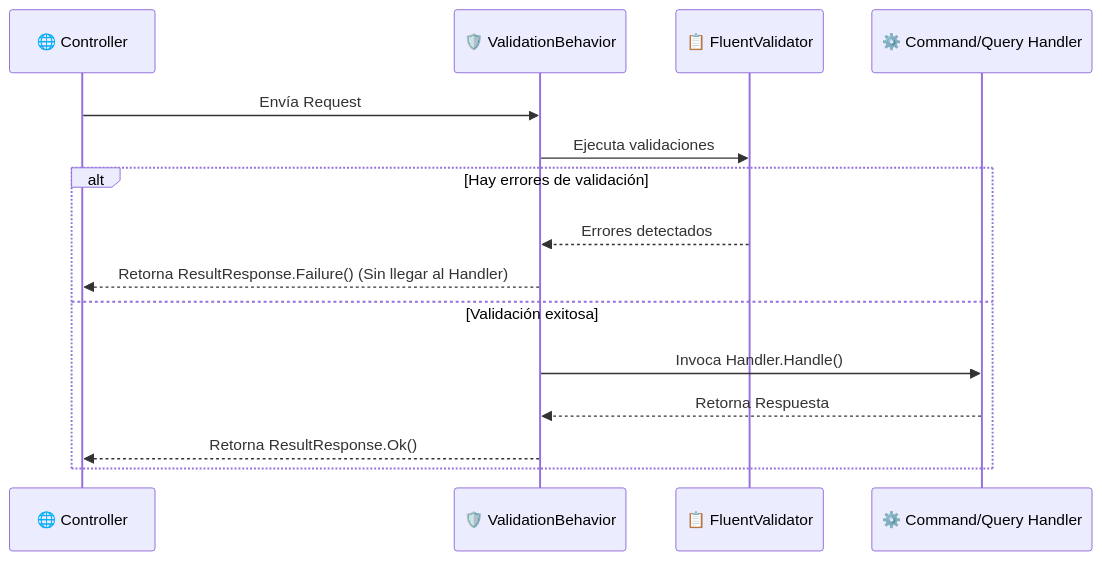
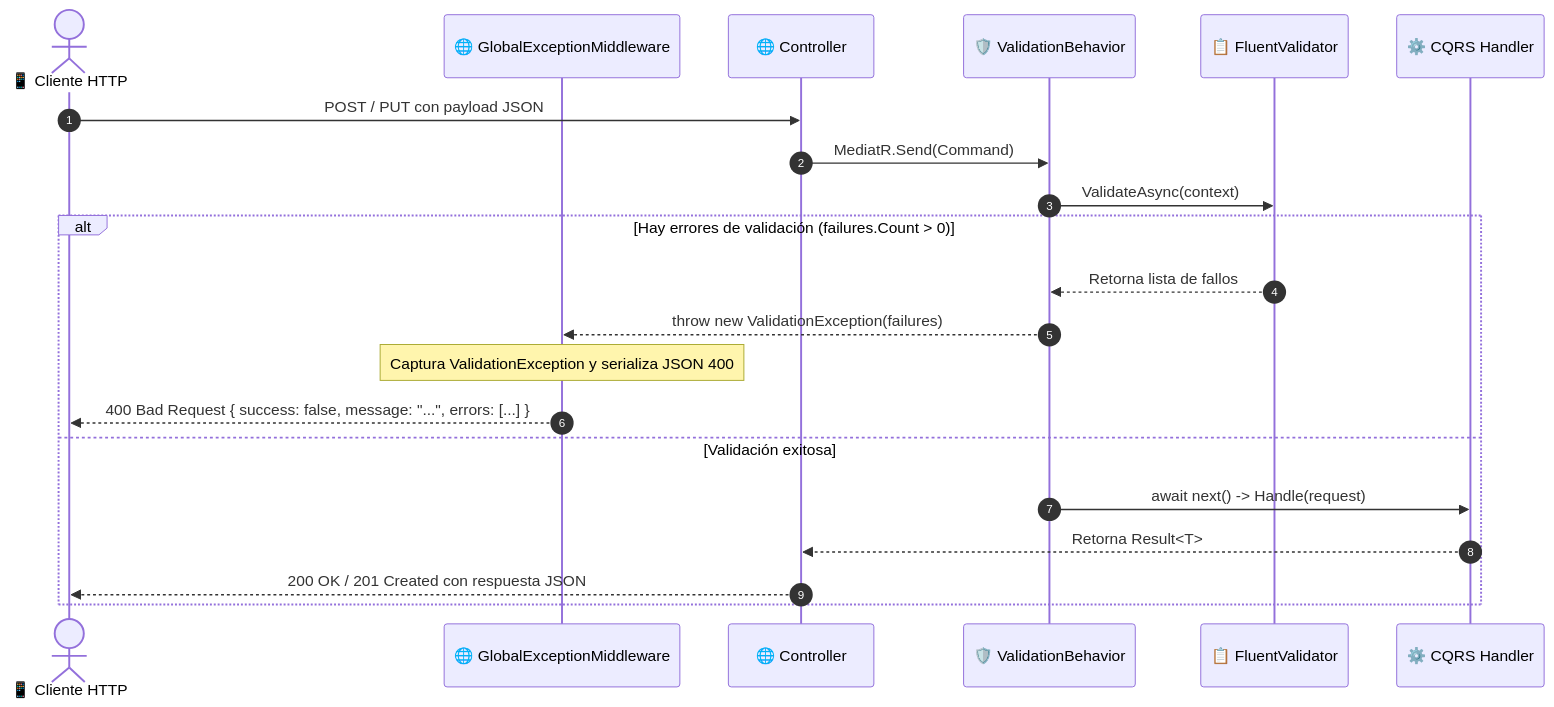
One commit to ShaguittoScot/Slotify_back changed the diagram in docs/02 - Arquitectura y Capas/Pipeline Behaviors.md. Above: the diagram before and after it, drawn with Mermaid. The commit also changed other lines of this file and 104 other files, not shown here.

````diff
--- a/docs/02 - Arquitectura y Capas/Pipeline Behaviors.md
+++ b/docs/02 - Arquitectura y Capas/Pipeline Behaviors.md
@@ -20,18 +21,25 @@
 ```mermaid
 sequenceDiagram
+    autonumber
+    actor Client as 📱 Cliente HTTP
+    participant Middleware as 🌐 GlobalExceptionMiddleware
     participant Controller as 🌐 Controller
     participant Behavior as 🛡️ ValidationBehavior
     participant Validator as 📋 FluentValidator
-    participant Handler as ⚙️ Command/Query Handler
+    participant Handler as ⚙️ CQRS Handler
 
-    Controller->>Behavior: Envía Request
-    Behavior->>Validator: Ejecuta validaciones
-    alt Hay errores de validación
-        Validator-->>Behavior: Errores detectados
-        Behavior-->>Controller: Retorna ResultResponse.Failure() (Sin llegar al Handler)
+    Client->>Controller: POST / PUT con payload JSON
+    Controller->>Behavior: MediatR.Send(Command)
+    Behavior->>Validator: ValidateAsync(context)
+    
+    alt Hay errores de validación (failures.Count > 0)
+        Validator-->>Behavior: Retorna lista de fallos
+        Behavior-->>Middleware: throw new ValidationException(failures)
+        Note over Middleware: Captura ValidationException y serializa JSON 400
+        Middleware-->>Client: 400 Bad Request { success: false, message: "...", errors: [...] }
     else Validación exitosa
-        Behavior->>Handler: Invoca Handler.Handle()
-        Handler-->>Behavior: Retorna Respuesta
-        Behavior-->>Controller: Retorna ResultResponse.Ok()
+        Behavior->>Handler: await next() -> Handle(request)
+        Handler-->>Controller: Retorna Result<T>
+        Controller-->>Client: 200 OK / 201 Created con respuesta JSON
     end
 ```
````
